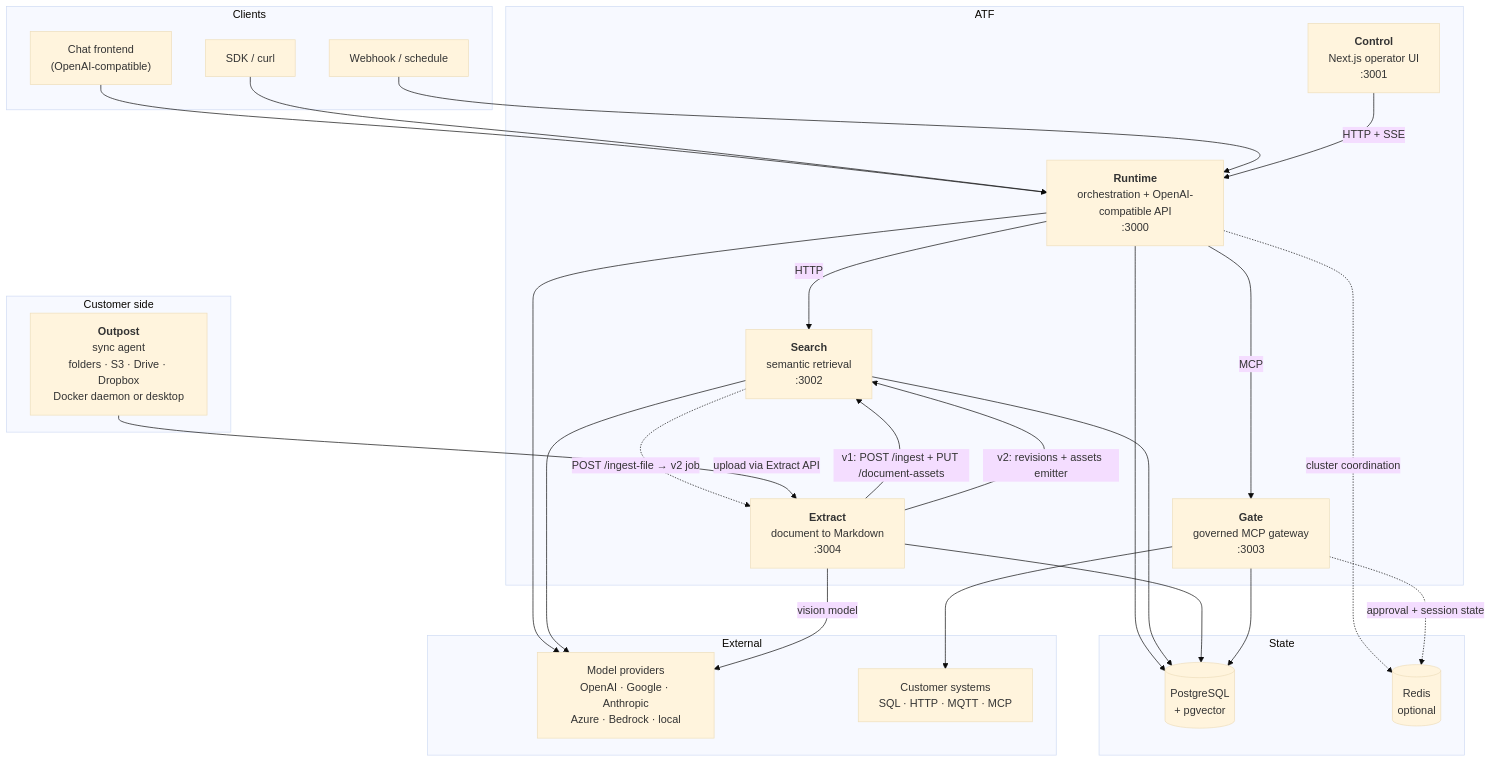
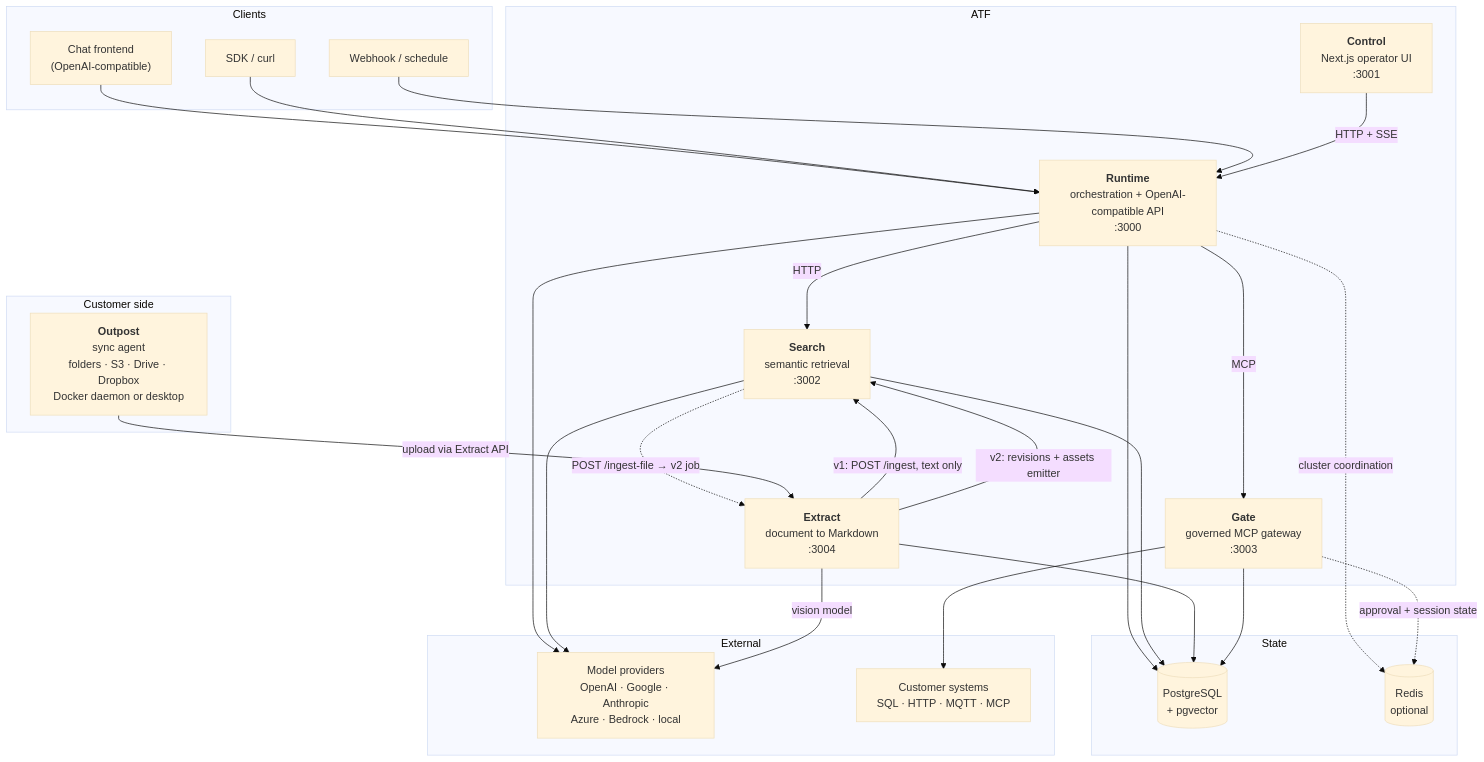
Before and after one commit to Abillify/atf: the first of 4 diagrams in ARCHITECTURE.md, drawn with Mermaid (base theme). The commit also changed other lines of this file and 27 other files, not shown here.

Commit message:
refactor(search,extract)!: remove legacy /document-assets endpoint and v1 crop upload

````diff
--- a/ARCHITECTURE.md
+++ b/ARCHITECTURE.md
@@ -12,55 +12,55 @@
 ```mermaid
 flowchart TB
     subgraph clients["Clients"]
         chat["Chat frontend<br/>(OpenAI-compatible)"]
         sdk["SDK / curl"]
         hook["Webhook / schedule"]
     end
 
     subgraph atf["ATF"]
         control["<b>Control</b><br/>Next.js operator UI<br/>:3001"]
         runtime["<b>Runtime</b><br/>orchestration + OpenAI-compatible API<br/>:3000"]
         search["<b>Search</b><br/>semantic retrieval<br/>:3002"]
         gate["<b>Gate</b><br/>governed MCP gateway<br/>:3003"]
         extract["<b>Extract</b><br/>document to Markdown<br/>:3004"]
     end
 
     subgraph state["State"]
         pg[("PostgreSQL<br/>+ pgvector")]
         redis[("Redis<br/>optional")]
     end
 
     subgraph customer["Customer side"]
         outpost["<b>Outpost</b><br/>sync agent<br/>folders · S3 · Drive · Dropbox<br/>Docker daemon or desktop"]
     end
 
     subgraph external["External"]
         models["Model providers<br/>OpenAI · Google · Anthropic<br/>Azure · Bedrock · local"]
         systems["Customer systems<br/>SQL · HTTP · MQTT · MCP"]
     end
 
     chat --> runtime
     sdk --> runtime
     hook --> runtime
     control -->|HTTP + SSE| runtime
 
     runtime -->|HTTP| search
     runtime -->|MCP| gate
     runtime --> models
     runtime --> pg
     runtime -.->|cluster coordination| redis
 
     search --> pg
     search --> models
     search -.->|POST /ingest-file → v2 job| extract
 
-    extract -->|v1: POST /ingest + PUT /document-assets| search
+    extract -->|v1: POST /ingest, text only| search
     extract -->|v2: revisions + assets emitter| search
     extract -->|vision model| models
     extract --> pg
 
     gate --> systems
     gate -.->|approval + session state| redis
     gate --> pg
     outpost -->|upload via Extract API| extract
 ```
````
